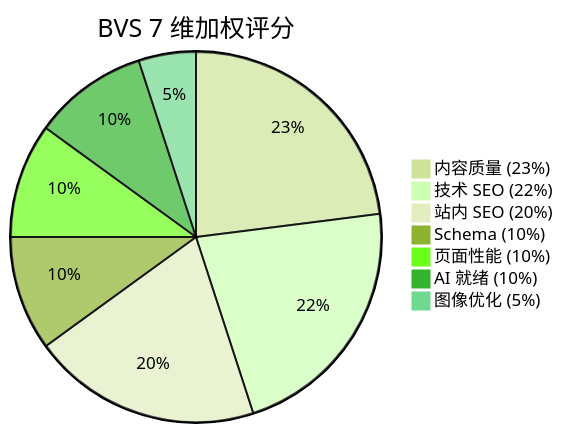
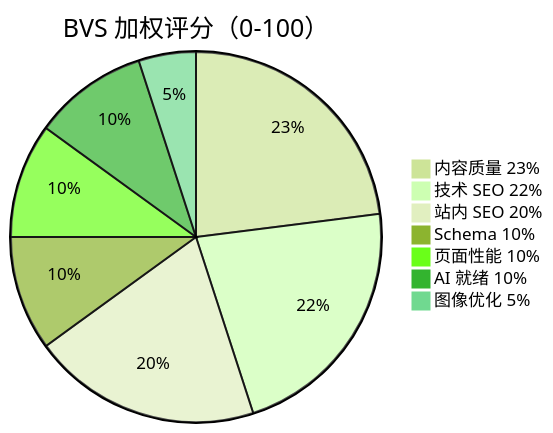
The ninth of 31 diagrams in docs/architecture.md (deep2code/geo), drawn with Mermaid (forest theme) before and after one commit. The commit also changed other lines of this file and 3 other files, not shown here.

First line of the commit message:
docs: 全面美化文档，大量采用 Mermaid 图表

````diff
--- a/docs/architecture.md
+++ b/docs/architecture.md
@@ -137,10 +236,10 @@
 ```mermaid
-pie title BVS 7 维加权评分
-    "内容质量 (23%)" : 23
-    "技术 SEO (22%)" : 22
-    "站内 SEO (20%)" : 20
-    "Schema (10%)" : 10
-    "页面性能 (10%)" : 10
-    "AI 就绪 (10%)" : 10
-    "图像优化 (5%)" : 5
+pie title BVS 加权评分（0-100）
+    "内容质量 23%" : 23
+    "技术 SEO 22%" : 22
+    "站内 SEO 20%" : 20
+    "Schema 10%" : 10
+    "页面性能 10%" : 10
+    "AI 就绪 10%" : 10
+    "图像优化 5%" : 5
 ```
````
